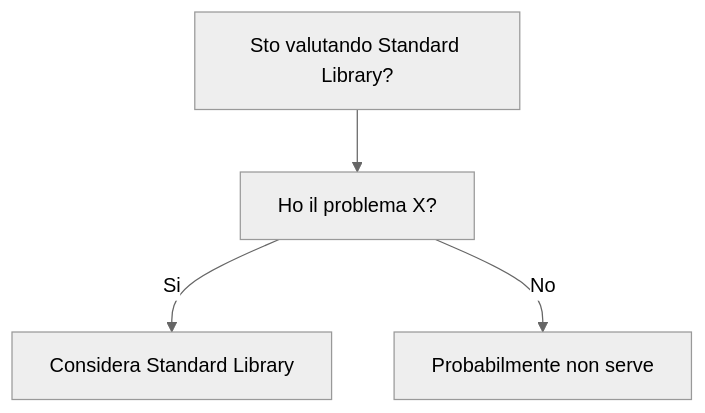
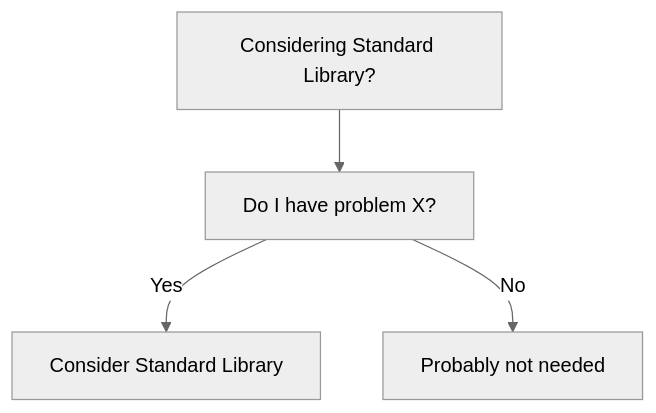
Before and after one commit to HxT9/Software-Dev-Wiki: the diagram in dev-wiki/14_Languages/C/Standard_Library/When_To_Use.md, drawn with Mermaid (neutral theme). The commit also changed other lines of this file and 3444 other files, not shown here.

````diff
--- a/dev-wiki/14_Languages/C/Standard_Library/When_To_Use.md
+++ b/dev-wiki/14_Languages/C/Standard_Library/When_To_Use.md
@@ -19,6 +19,6 @@
 ```mermaid
 flowchart TD
-  Q[Sto valutando Standard Library?] --> Q1[Ho il problema X?]
-  Q1 -->|Si| OK[Considera Standard Library]
-  Q1 -->|No| NO[Probabilmente non serve]
+  Q[Considering Standard Library?] --> Q1[Do I have problem X?]
+  Q1 -->|Yes| OK[Consider Standard Library]
+  Q1 -->|No| NO[Probably not needed]
 ```
````
